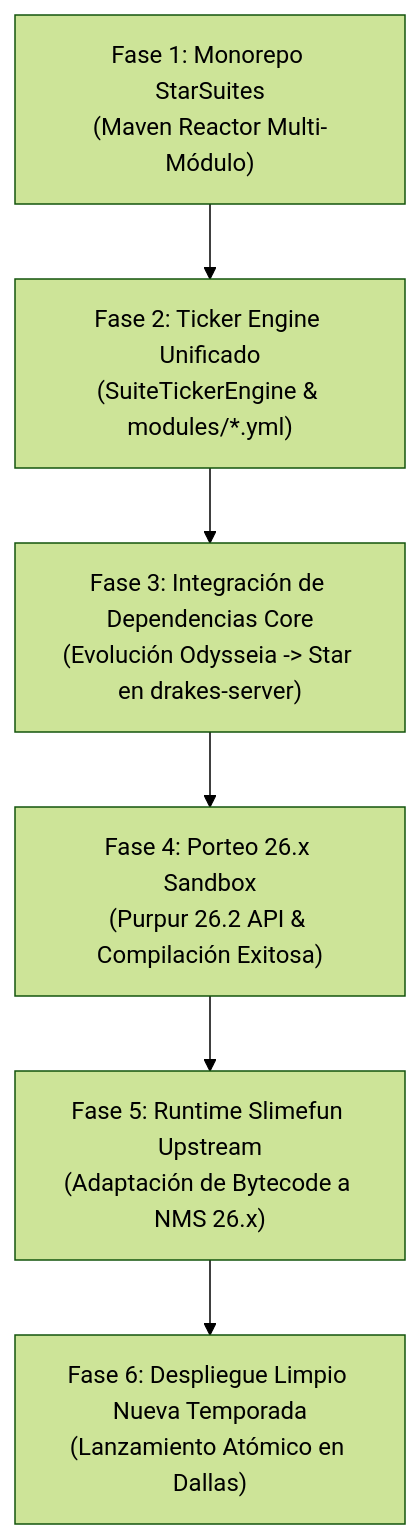
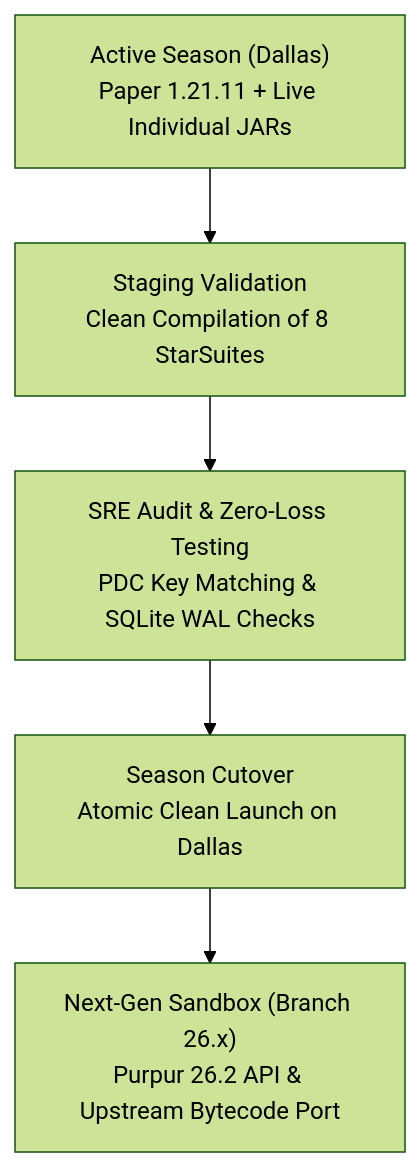
Before and after one commit to DrakesCraft-Labs/Drakes-Suites: the diagram in README.md, drawn with Mermaid (forest theme). The commit also changed other lines of this file and 1 other file, not shown here.

````diff
--- a/README.md
+++ b/README.md
@@ -196,8 +253,7 @@
 ```mermaid
 graph TD
-    A["Fase 1: Monorepo StarSuites<br/>(Maven Reactor Multi-Módulo)"] --> B["Fase 2: Ticker Engine Unificado<br/>(SuiteTickerEngine & modules/*.yml)"]
-    B --> C["Fase 3: Integración de Dependencias Core<br/>(Evolución Odysseia -> Star en drakes-server)"]
-    C --> D["Fase 4: Porteo 26.x Sandbox<br/>(Purpur 26.2 API & Compilación Exitosa)"]
-    D --> E["Fase 5: Runtime Slimefun Upstream<br/>(Adaptación de Bytecode a NMS 26.x)"]
-    E --> F["Fase 6: Despliegue Limpio Nueva Temporada<br/>(Lanzamiento Atómico en Dallas)"]
+    A["Active Season (Dallas)<br/>Paper 1.21.11 + Live Individual JARs"] --> B["Staging Validation<br/>Clean Compilation of 8 StarSuites"]
+    B --> C["SRE Audit & Zero-Loss Testing<br/>PDC Key Matching & SQLite WAL Checks"]
+    C --> D["Season Cutover<br/>Atomic Clean Launch on Dallas"]
+    D --> E["Next-Gen Sandbox (Branch 26.x)<br/>Purpur 26.2 API & Upstream Bytecode Port"]
 ```
````
